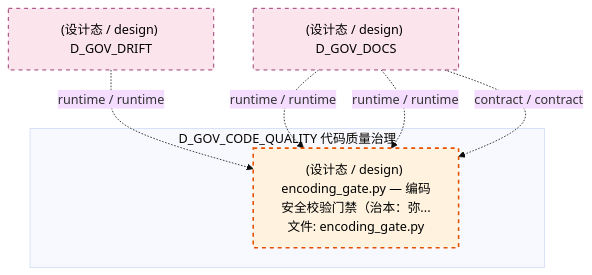
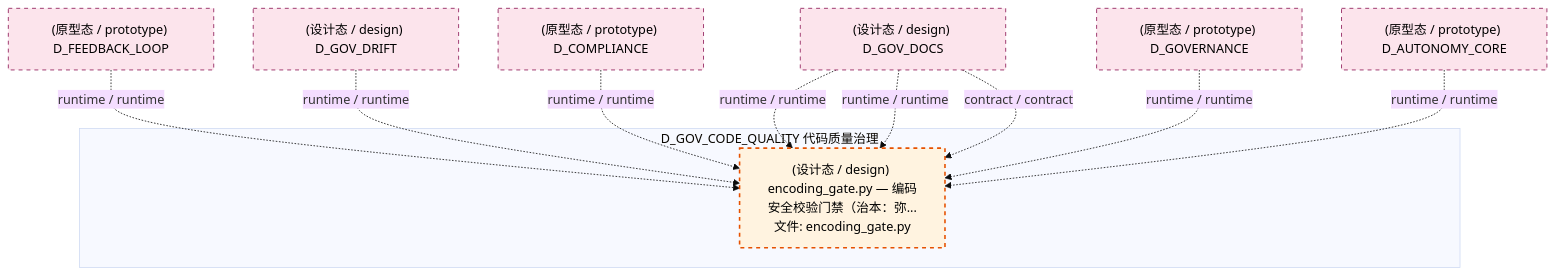
One commit to xuanFelixVan/ZephyrAlpha changed the seventh of 9 diagrams in docs/02_enterprise_architecture/02_domain_architecture_docs/16_d_gov_code_quality.md. Above: the diagram before and after it, drawn with Mermaid (base theme). The commit also changed other lines of this file and 125 other files, not shown here.

````diff
--- a/docs/02_enterprise_architecture/02_domain_architecture_docs/16_d_gov_code_quality.md
+++ b/docs/02_enterprise_architecture/02_domain_architecture_docs/16_d_gov_code_quality.md
@@ -708,18 +710,26 @@
 ```mermaid
 graph TD
     subgraph D_GOV_CODE_QUALITY["D_GOV_CODE_QUALITY 代码质量治理"]
         src_zephyr_gov_enforcement_commit_gates_encoding_gate_py["(设计态 / design) encoding_gate.py — 编码安全校验门禁（治本：弥...<br/>文件: encoding_gate.py"]
     end
+    D_FEEDBACK_LOOP["(原型态 / prototype) D_FEEDBACK_LOOP"]
+    D_FEEDBACK_LOOP -.->|runtime / runtime| src_zephyr_gov_enforcement_commit_gates_encoding_gate_py
     D_GOV_DOCS["(设计态 / design) D_GOV_DOCS"]
     D_GOV_DOCS -.->|runtime / runtime| src_zephyr_gov_enforcement_commit_gates_encoding_gate_py
     D_GOV_DRIFT["(设计态 / design) D_GOV_DRIFT"]
     D_GOV_DRIFT -.->|runtime / runtime| src_zephyr_gov_enforcement_commit_gates_encoding_gate_py
+    D_COMPLIANCE["(原型态 / prototype) D_COMPLIANCE"]
+    D_COMPLIANCE -.->|runtime / runtime| src_zephyr_gov_enforcement_commit_gates_encoding_gate_py
+    D_GOVERNANCE["(原型态 / prototype) D_GOVERNANCE"]
+    D_GOVERNANCE -.->|runtime / runtime| src_zephyr_gov_enforcement_commit_gates_encoding_gate_py
     D_GOV_DOCS -.->|runtime / runtime| src_zephyr_gov_enforcement_commit_gates_encoding_gate_py
     D_GOV_DOCS -.->|contract / contract| src_zephyr_gov_enforcement_commit_gates_encoding_gate_py
+    D_AUTONOMY_CORE["(原型态 / prototype) D_AUTONOMY_CORE"]
+    D_AUTONOMY_CORE -.->|runtime / runtime| src_zephyr_gov_enforcement_commit_gates_encoding_gate_py
     classDef production fill:#e1f5fe,stroke:#01579b,stroke-width:2px,color:#000
     classDef design fill:#fff3e0,stroke:#e65100,stroke-width:2px,color:#000,stroke-dasharray: 5 5
     classDef external_prod fill:#e8f5e9,stroke:#1b5e20,stroke-width:1px,color:#000
     classDef external_design fill:#fce4ec,stroke:#880e4f,stroke-width:1px,color:#000,stroke-dasharray: 5 5
     class src_zephyr_gov_enforcement_commit_gates_encoding_gate_py design
-    class D_GOV_DOCS,D_GOV_DRIFT external_design
+    class D_FEEDBACK_LOOP,D_GOV_DOCS,D_GOV_DRIFT,D_COMPLIANCE,D_GOVERNANCE,D_AUTONOMY_CORE external_design
 ```
````
